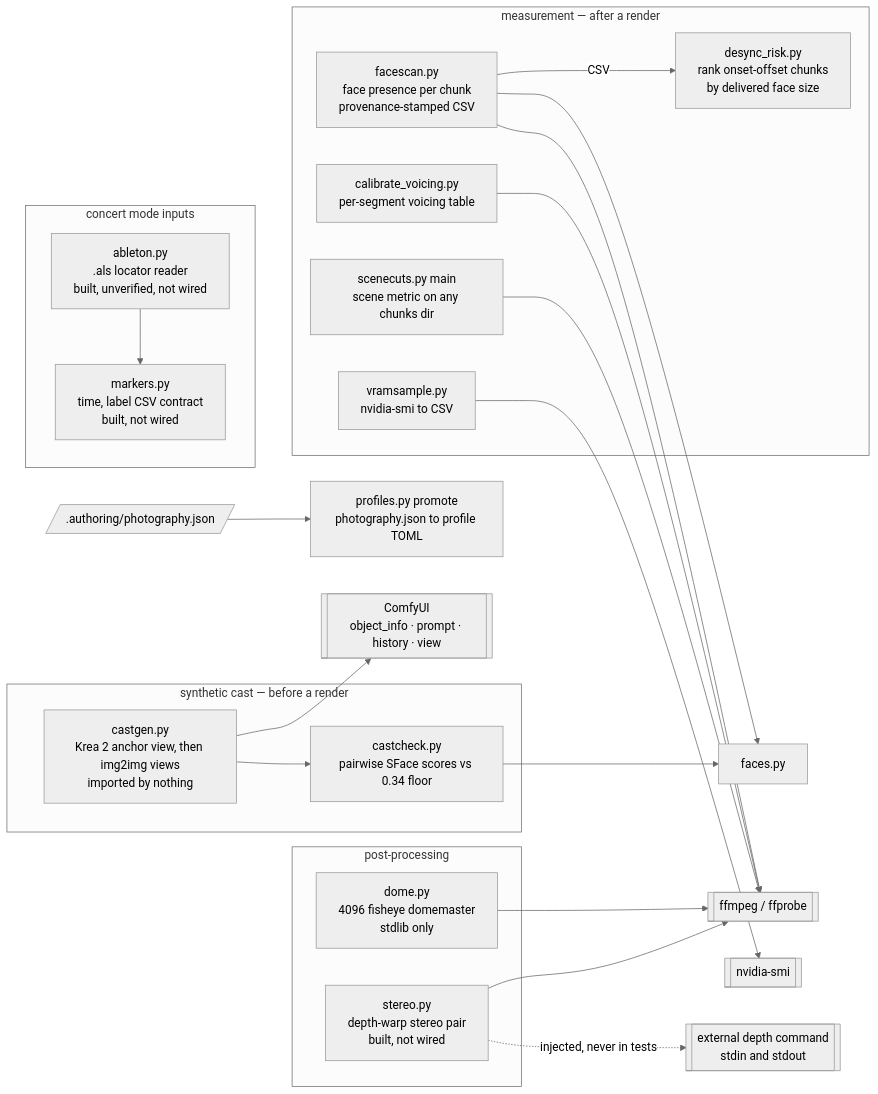
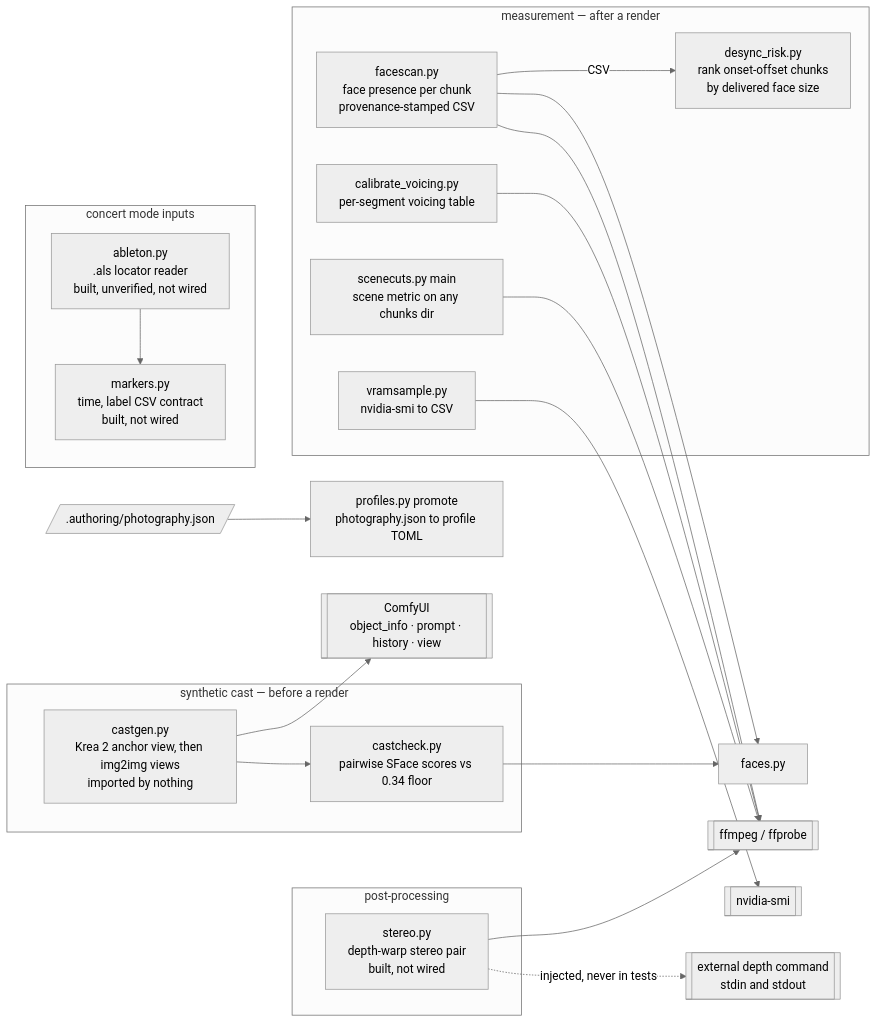
Before and after one commit to JavaDerek/music-video-pipeline: the seventh of 7 diagrams in docs/ARCHITECTURE.md, drawn with Mermaid (neutral theme). The commit also changed other lines of this file and 10 other files, not shown here.

````diff
--- a/docs/ARCHITECTURE.md
+++ b/docs/ARCHITECTURE.md
@@ -538,42 +538,41 @@
 ```mermaid
 flowchart LR
   subgraph cast["synthetic cast — before a render"]
     castgen["castgen.py<br/>Krea 2 anchor view, then img2img views<br/>imported by nothing"]
     castcheck["castcheck.py<br/>pairwise SFace scores vs 0.34 floor"]
   end
 
   subgraph measure["measurement — after a render"]
     facescan["facescan.py<br/>face presence per chunk<br/>provenance-stamped CSV"]
     desync["desync_risk.py<br/>rank onset-offset chunks<br/>by delivered face size"]
     calib["calibrate_voicing.py<br/>per-segment voicing table"]
     vram["vramsample.py<br/>nvidia-smi to CSV"]
     scene["scenecuts.py main<br/>scene metric on any chunks dir"]
   end
 
   subgraph post["post-processing"]
-    dome["dome.py<br/>4096 fisheye domemaster<br/>stdlib only"]
     stereo["stereo.py<br/>depth-warp stereo pair<br/>built, not wired"]
   end
 
   subgraph concert["concert mode inputs"]
     markers["markers.py<br/>time, label CSV contract<br/>built, not wired"]
     ableton["ableton.py<br/>.als locator reader<br/>built, unverified, not wired"]
   end
 
   promote["profiles.py promote<br/>photography.json to profile TOML"]
   faces["faces.py"]
   comfy[["ComfyUI<br/>object_info · prompt · history · view"]]
   ffmpeg[["ffmpeg / ffprobe"]]
   smi[["nvidia-smi"]]
   depth[["external depth command<br/>stdin and stdout"]]
 
   castgen --> comfy
   castgen --> castcheck --> faces
   facescan --> faces
   facescan -->|"CSV"| desync
-  facescan & calib & scene & dome & stereo --> ffmpeg
+  facescan & calib & scene & stereo --> ffmpeg
   stereo -.->|"injected, never in tests"| depth
   vram --> smi
   ableton --> markers
   photojson[/".authoring/photography.json"/] --> promote
 ```
````
